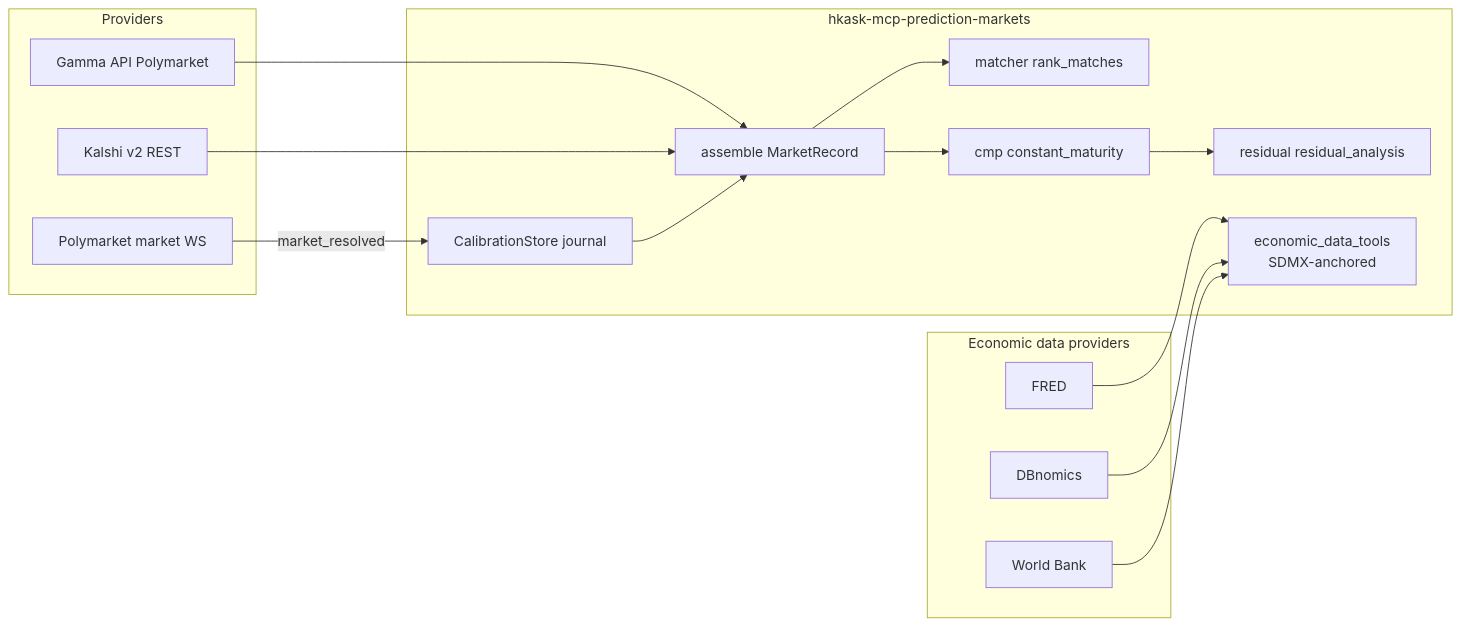
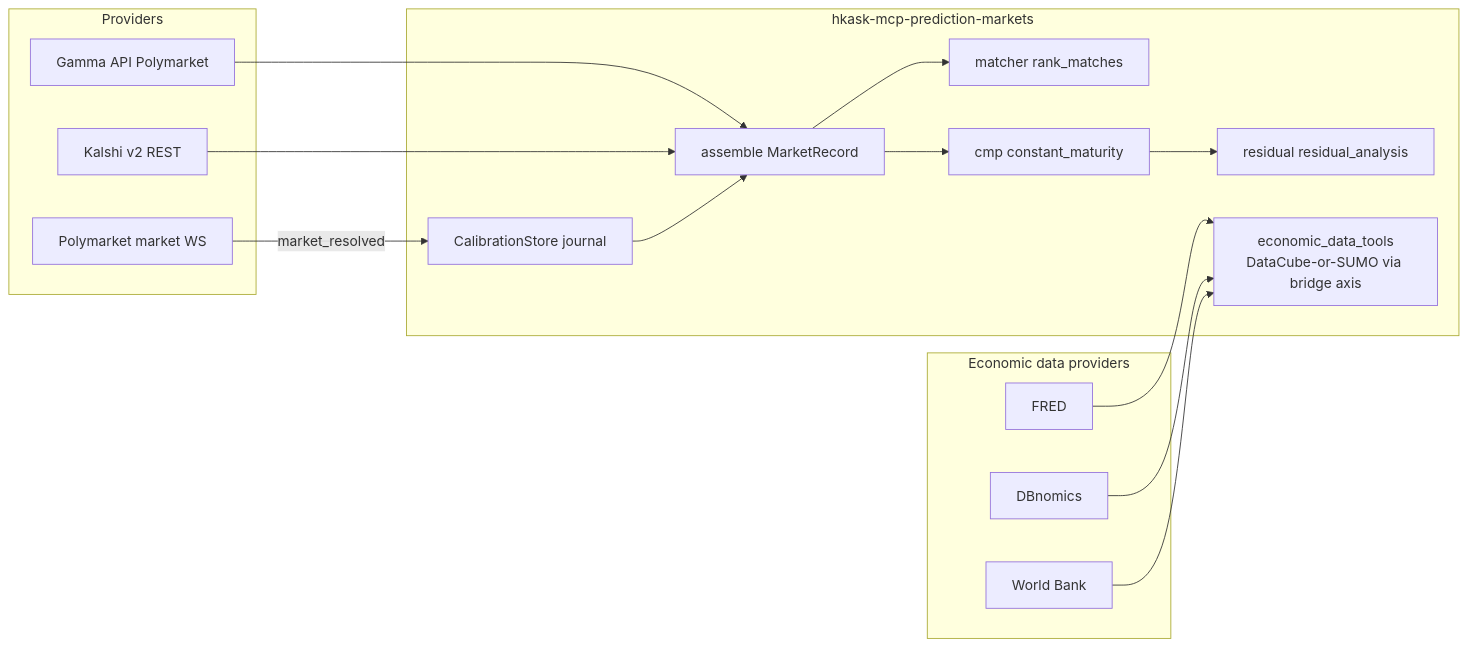
One commit to mdz-axo/zed-kask changed the fifth of 8 diagrams in kask/docs/diagrams/ui-widgets.md. Above: the diagram before and after it, drawn with Mermaid. The commit also changed other lines of this file and 20 other files, not shown here.

````diff
--- a/kask/docs/diagrams/ui-widgets.md
+++ b/kask/docs/diagrams/ui-widgets.md
@@ -521,31 +522,31 @@
 ```mermaid
 flowchart LR
     subgraph providers[Providers]
         PM[Gamma API Polymarket]
         PMWS[Polymarket market WS]
         KA[Kalshi v2 REST]
     end
     subgraph econ[Economic data providers]
         FRED[FRED]
         DBN[DBnomics]
         WB[World Bank]
     end
     subgraph server[hkask-mcp-prediction-markets]
         ASM[assemble MarketRecord]
         MATCH[matcher rank_matches]
         CAL[CalibrationStore journal]
         CMP[cmp constant_maturity]
         RES[residual residual_analysis]
-        ECON[economic_data_tools<br/>SDMX-anchored]
+        ECON[economic_data_tools<br/>DataCube-or-SUMO via bridge axis]
     end
     PM --> ASM
     KA --> ASM
     ASM --> MATCH
     ASM --> CMP
     CMP --> RES
     PMWS -->|market_resolved| CAL
     CAL --> ASM
     FRED --> ECON
     DBN --> ECON
     WB --> ECON
 ```
````
